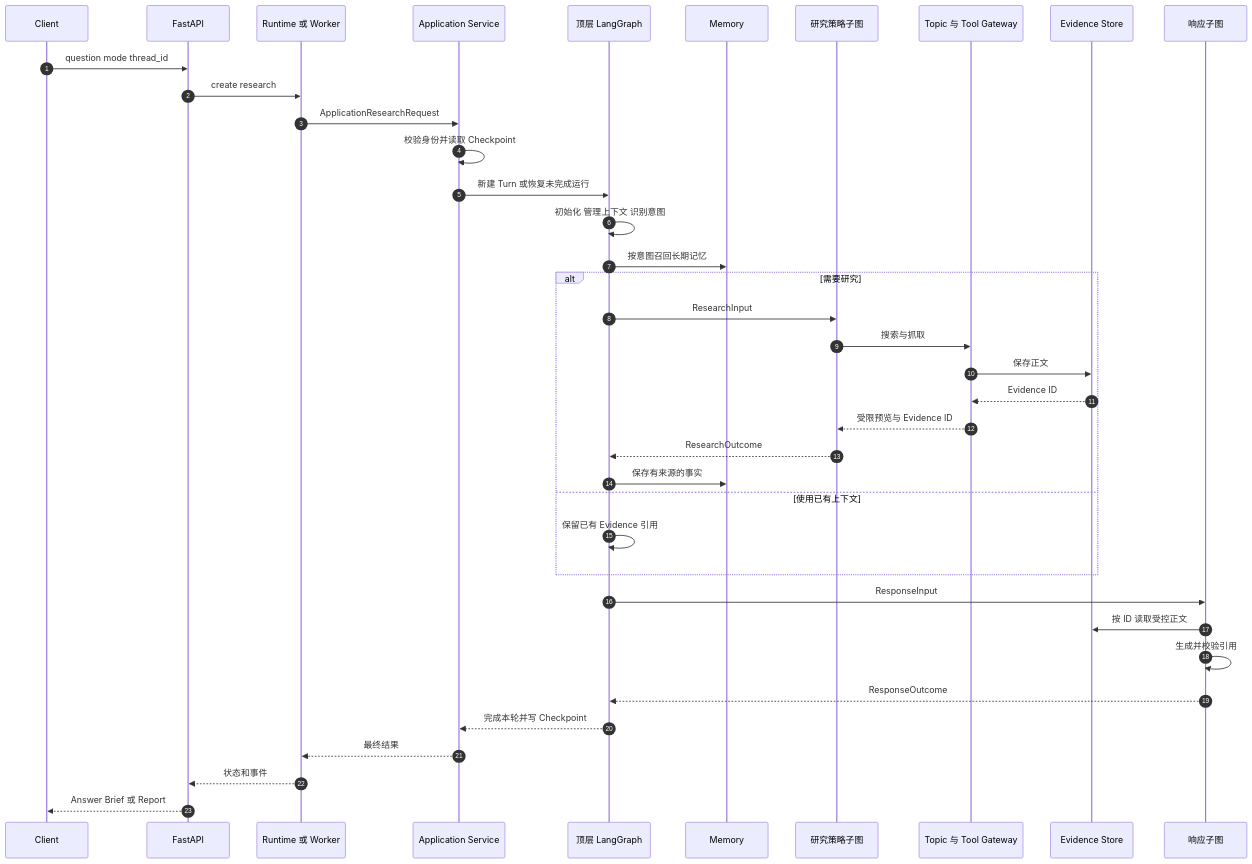
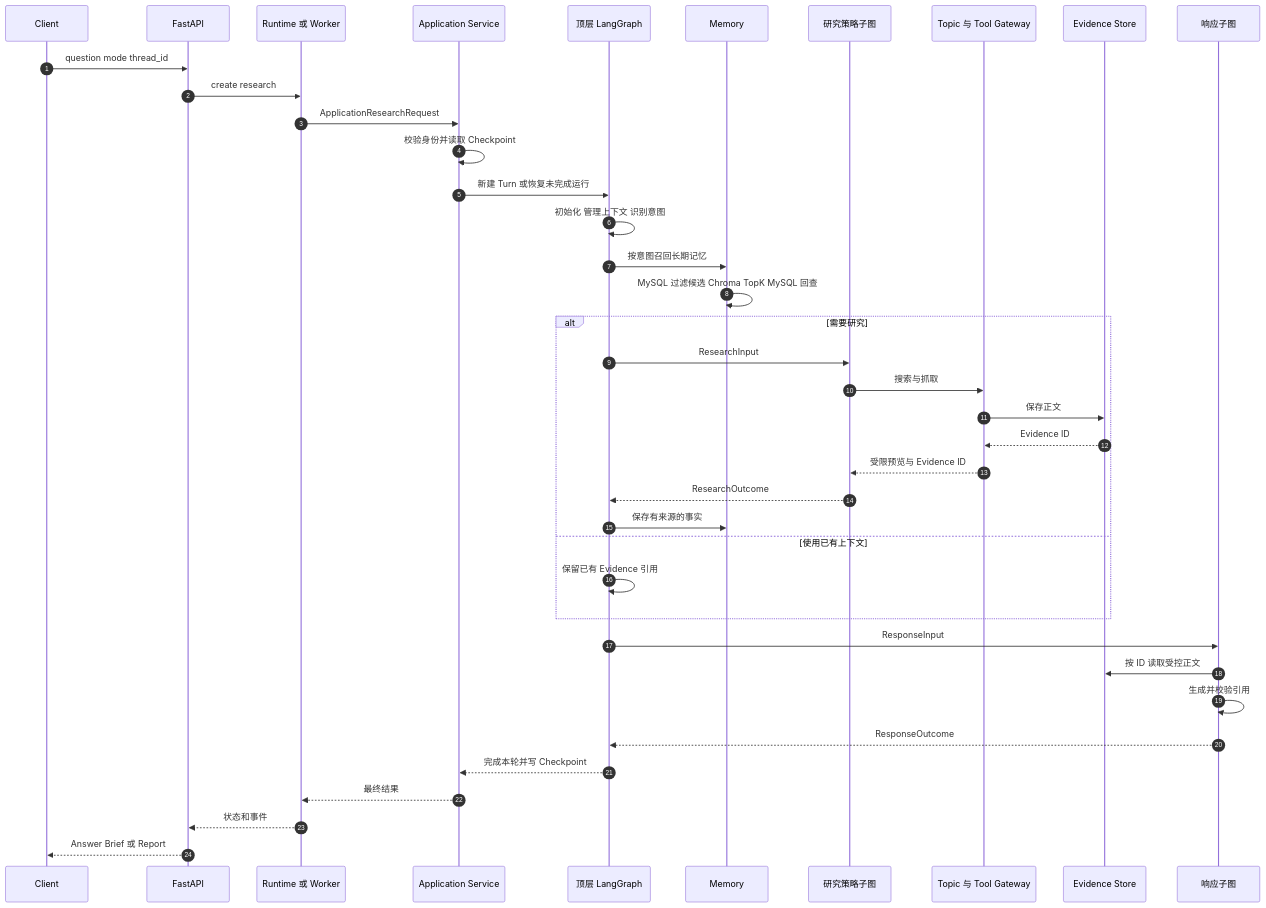
The second of 6 diagrams in docs/resume/多模式深度研究Agent面试与学习资料/02-Harness总体架构.md (1785454358/agent), drawn with Mermaid before and after one commit. The commit also changed other lines of this file and 42 other files, not shown here.

````diff
--- a/docs/resume/多模式深度研究Agent面试与学习资料/02-Harness总体架构.md
+++ b/docs/resume/多模式深度研究Agent面试与学习资料/02-Harness总体架构.md
@@ -52,41 +54,42 @@
 ```mermaid
 sequenceDiagram
     autonumber
     participant C as Client
     participant A as FastAPI
     participant R as Runtime 或 Worker
     participant S as Application Service
     participant G as 顶层 LangGraph
     participant M as Memory
     participant P as 研究策略子图
     participant T as Topic 与 Tool Gateway
     participant E as Evidence Store
     participant W as 响应子图
 
     C->>A: question mode thread_id
     A->>R: create research
     R->>S: ApplicationResearchRequest
     S->>S: 校验身份并读取 Checkpoint
     S->>G: 新建 Turn 或恢复未完成运行
     G->>G: 初始化 管理上下文 识别意图
     G->>M: 按意图召回长期记忆
+    M->>M: MySQL 过滤候选 Chroma TopK MySQL 回查
     alt 需要研究
         G->>P: ResearchInput
         P->>T: 搜索与抓取
         T->>E: 保存正文
         E-->>T: Evidence ID
         T-->>P: 受限预览与 Evidence ID
         P-->>G: ResearchOutcome
         G->>M: 保存有来源的事实
     else 使用已有上下文
         G->>G: 保留已有 Evidence 引用
     end
     G->>W: ResponseInput
     W->>E: 按 ID 读取受控正文
     W->>W: 生成并校验引用
     W-->>G: ResponseOutcome
     G-->>S: 完成本轮并写 Checkpoint
     S-->>R: 最终结果
     R-->>A: 状态和事件
     A-->>C: Answer Brief 或 Report
 ```
````
